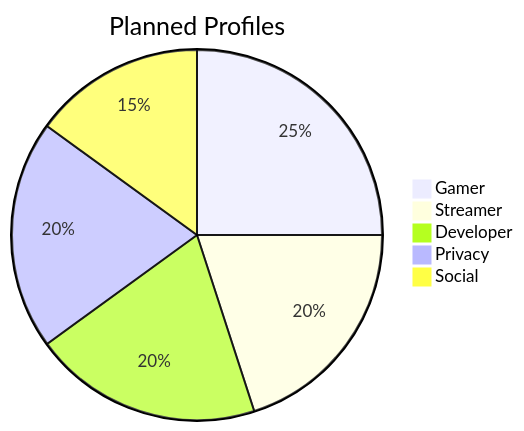
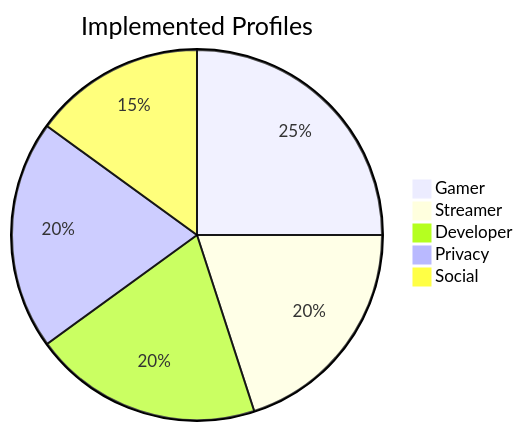
The fourth of 6 diagrams in README.md (vantisCorp/VantisWeb), drawn with Mermaid before and after one commit. The commit also changed other lines of this file and 1 other file, not shown here.

First line of the commit message:
feat(profiles): add streamer and social profile templates

````diff
--- a/README.md
+++ b/README.md
@@ -294,8 +306,8 @@
 ```mermaid
-pie title Planned Profiles
+pie title Implemented Profiles
     "Gamer" : 25
     "Streamer" : 20
     "Developer" : 20
     "Privacy" : 20
     "Social" : 15
 ```
````
